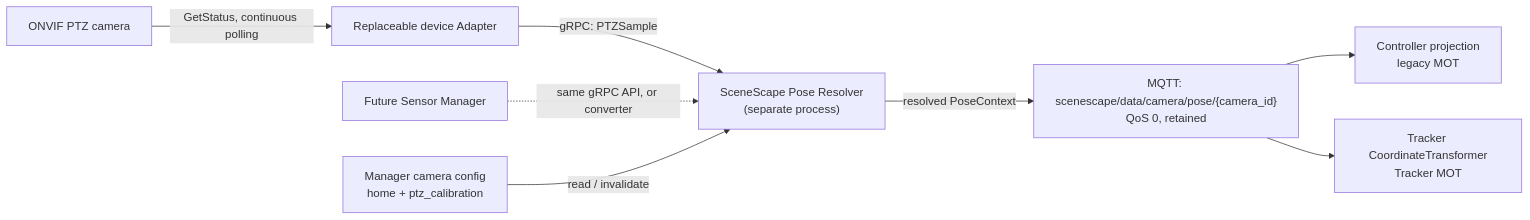
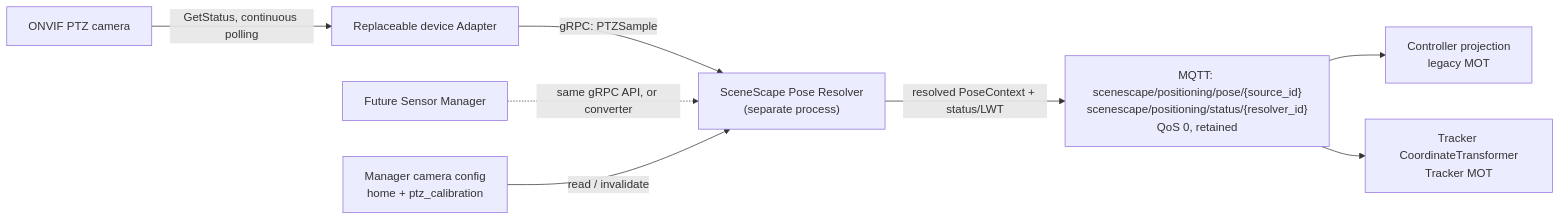
One commit to open-edge-platform/scenescape changed the diagram in docs/design/ptz-camera-pose-service.md. Above: the diagram before and after it, drawn with Mermaid. The commit also changed other lines of this file, not shown here.

````diff
--- a/docs/design/ptz-camera-pose-service.md
+++ b/docs/design/ptz-camera-pose-service.md
@@ -124,10 +145,10 @@
 ```mermaid
 flowchart LR
   CAM["ONVIF PTZ camera"] -->|GetStatus, continuous polling| ADAPTER["Replaceable device Adapter"]
   ADAPTER -->|gRPC: PTZSample| RESOLVER["SceneScape Pose Resolver\n(separate process)"]
   SENSOR["Future Sensor Manager"] -.->|same gRPC API, or converter| RESOLVER
   MANAGER["Manager camera config\nhome + ptz_calibration"] -->|read / invalidate| RESOLVER
-  RESOLVER -->|resolved PoseContext| MQTT["MQTT: scenescape/data/camera/pose/{camera_id}\nQoS 0, retained"]
+  RESOLVER -->|resolved PoseContext + status/LWT| MQTT["MQTT: scenescape/positioning/pose/{source_id}\nscenescape/positioning/status/{resolver_id}\nQoS 0, retained"]
   MQTT --> CTRL["Controller projection\nlegacy MOT"]
   MQTT --> TRACKER["Tracker CoordinateTransformer\nTracker MOT"]
 ```
````
